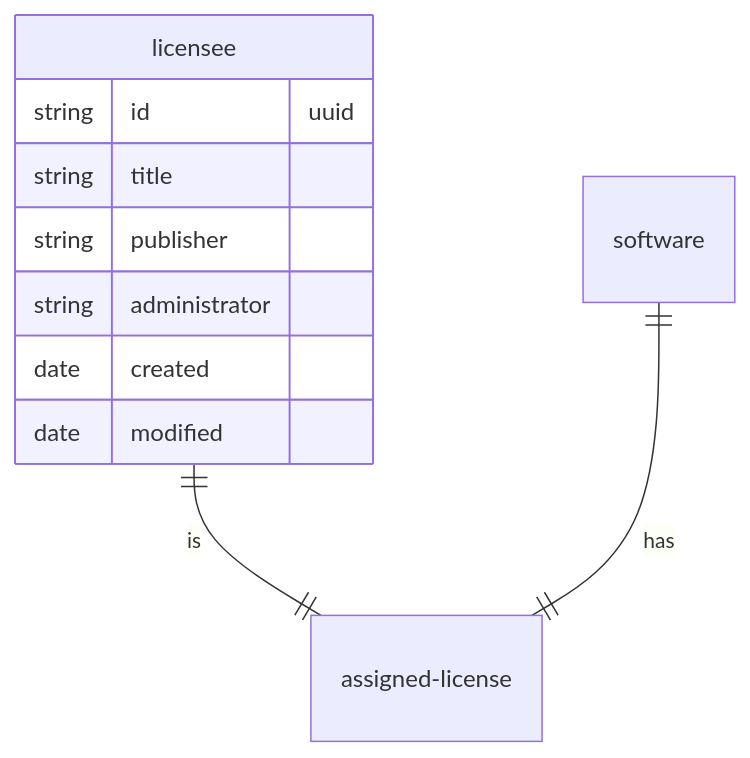
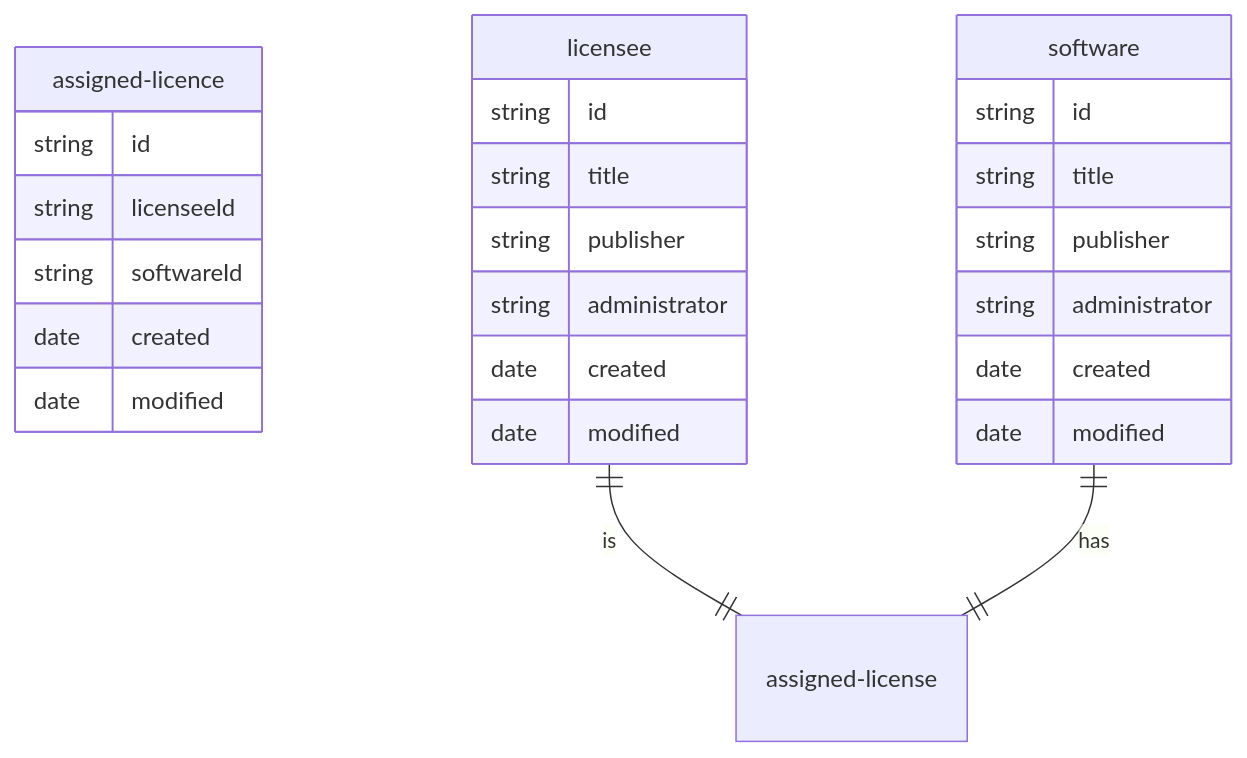
One commit to bcgov/citz-imb-slam-api changed the diagram in technical.md. Above: the diagram before and after it, drawn with Mermaid. The commit also changed other lines of this file, not shown here.

````diff
--- a/technical.md
+++ b/technical.md
@@ -5,14 +7,29 @@
 ```mermaid
 erDiagram
+    assigned-licence {
+        string id
+        string licenseeId
+        string softwareId
+        date created
+        date modified
+    }
     licensee ||--|| assigned-license: is
     licensee {
-        string id "uuid"
+        string id
         string title
         string publisher
         string administrator
         date created
         date modified
     }
     software ||--|| assigned-license: has
+    software {
+        string id
+        string title
+        string publisher
+        string administrator
+        date created
+        date modified
+    }
     
 ```
````
